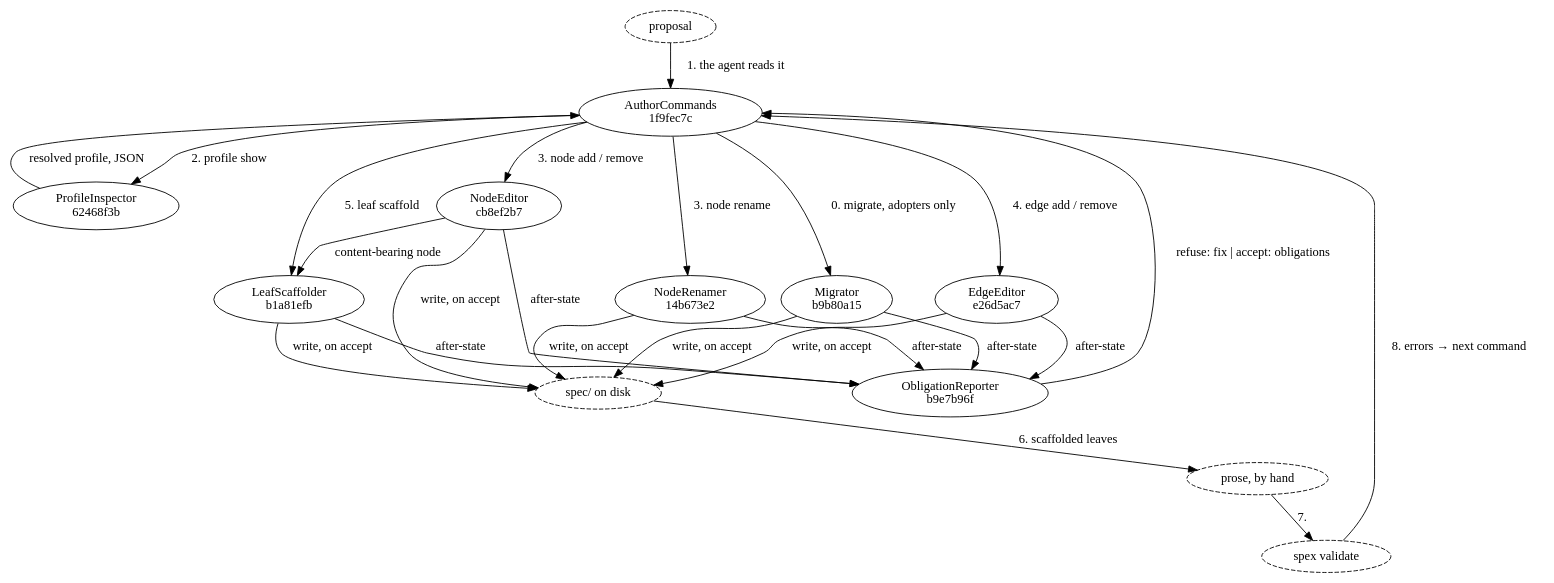
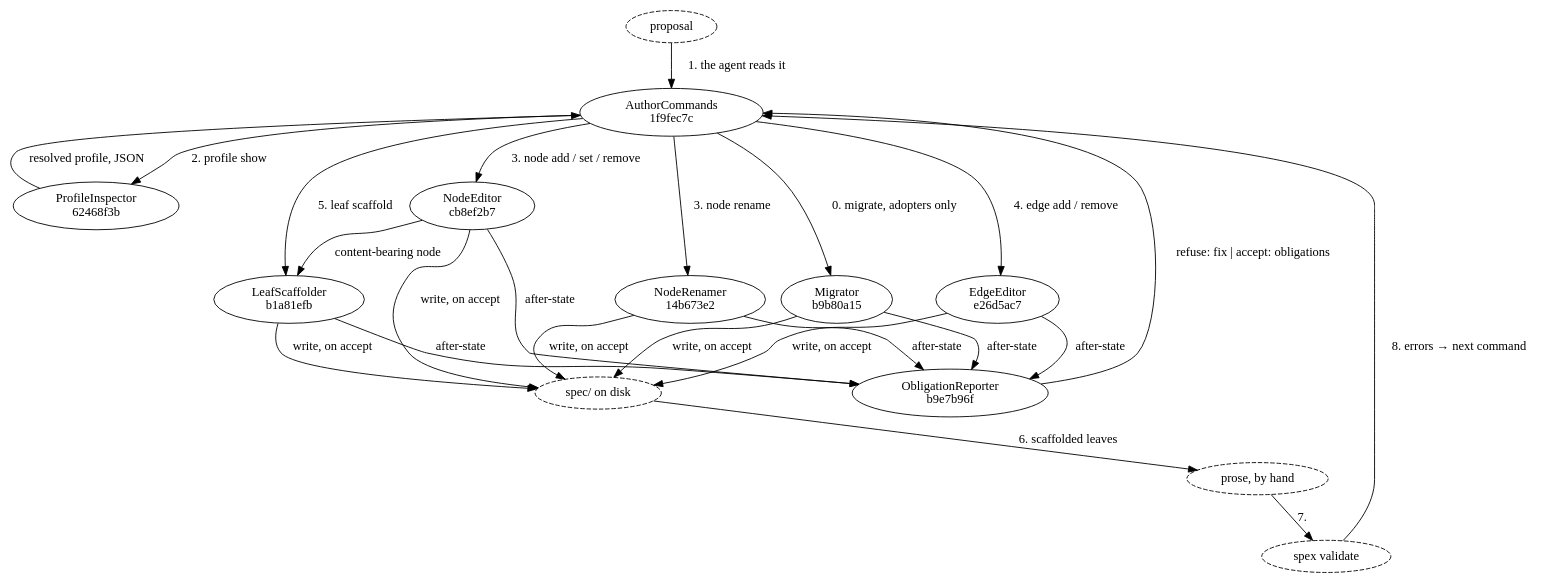
One commit to dmitriyb/spexmachina changed the diagram in spec/author/flow_authoring.md. Above: the diagram before and after it, drawn with Graphviz. The commit also changed other lines of this file and 7 other files, not shown here.

Commit message:
Add spex node set to the author module: a declared-field edit on an existing node, refused by ownership where another surface owns the field.

````diff
--- a/spec/author/flow_authoring.md
+++ b/spec/author/flow_authoring.md
@@ -7,40 +7,40 @@
 ```dot
 digraph authoring_flow {
     "proposal"                 [style=dashed];
     "62468f3bab3c"             [label="ProfileInspector\n62468f3b"];
     "1f9fec7c42f6"             [label="AuthorCommands\n1f9fec7c"];
     "cb8ef2b70999"             [label="NodeEditor\ncb8ef2b7"];
     "14b673e2a502"             [label="NodeRenamer\n14b673e2"];
     "e26d5ac76610"             [label="EdgeEditor\ne26d5ac7"];
     "b1a81efbd240"             [label="LeafScaffolder\nb1a81efb"];
     "b9b80a158949"             [label="Migrator\nb9b80a15"];
     "b9e7b96f6aa7"             [label="ObligationReporter\nb9e7b96f"];
     "spec/ on disk"            [style=dashed];
     "prose, by hand"           [style=dashed];
     "spex validate"            [style=dashed];
 
     "proposal"       -> "1f9fec7c42f6"  [label="1. the agent reads it"];
     "1f9fec7c42f6"   -> "62468f3bab3c"  [label="2. profile show"];
     "62468f3bab3c"   -> "1f9fec7c42f6"  [label="resolved profile, JSON"];
     "1f9fec7c42f6"   -> "b9b80a158949"  [label="0. migrate, adopters only"];
-    "1f9fec7c42f6"   -> "cb8ef2b70999"  [label="3. node add / remove"];
+    "1f9fec7c42f6"   -> "cb8ef2b70999"  [label="3. node add / set / remove"];
     "1f9fec7c42f6"   -> "14b673e2a502"  [label="3. node rename"];
     "1f9fec7c42f6"   -> "e26d5ac76610"  [label="4. edge add / remove"];
     "1f9fec7c42f6"   -> "b1a81efbd240"  [label="5. leaf scaffold"];
     "cb8ef2b70999"   -> "b1a81efbd240"  [label="content-bearing node"];
     "cb8ef2b70999"   -> "b9e7b96f6aa7"  [label="after-state"];
     "14b673e2a502"   -> "b9e7b96f6aa7"  [label="after-state"];
     "e26d5ac76610"   -> "b9e7b96f6aa7"  [label="after-state"];
     "b1a81efbd240"   -> "b9e7b96f6aa7"  [label="after-state"];
     "b9b80a158949"   -> "b9e7b96f6aa7"  [label="after-state"];
     "b9e7b96f6aa7"   -> "1f9fec7c42f6"  [label="refuse: fix | accept: obligations"];
     "cb8ef2b70999"   -> "spec/ on disk"  [label="write, on accept"];
     "14b673e2a502"   -> "spec/ on disk"  [label="write, on accept"];
     "e26d5ac76610"   -> "spec/ on disk"  [label="write, on accept"];
     "b1a81efbd240"   -> "spec/ on disk"  [label="write, on accept"];
     "b9b80a158949"   -> "spec/ on disk"  [label="write, on accept"];
     "spec/ on disk"  -> "prose, by hand" [label="6. scaffolded leaves"];
     "prose, by hand" -> "spex validate"  [label="7."];
     "spex validate"  -> "1f9fec7c42f6"   [label="8. errors → next command"];
 }
 ```
````
